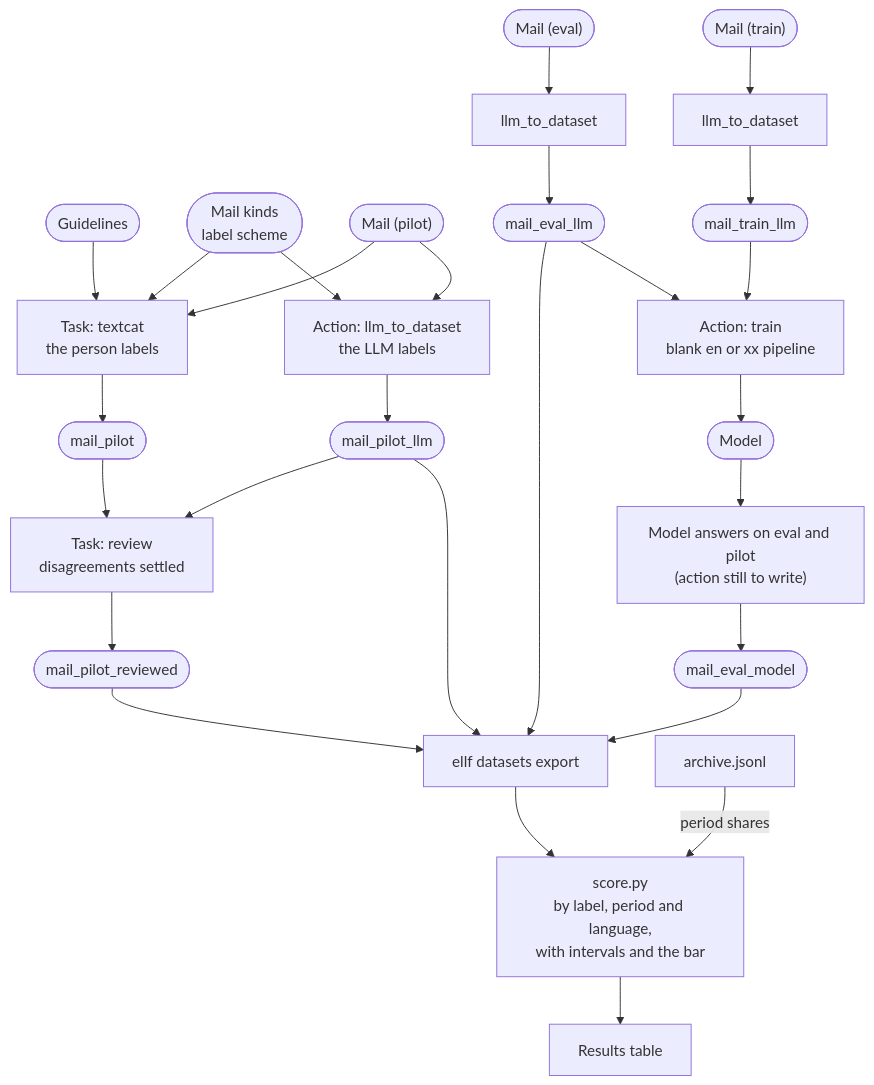
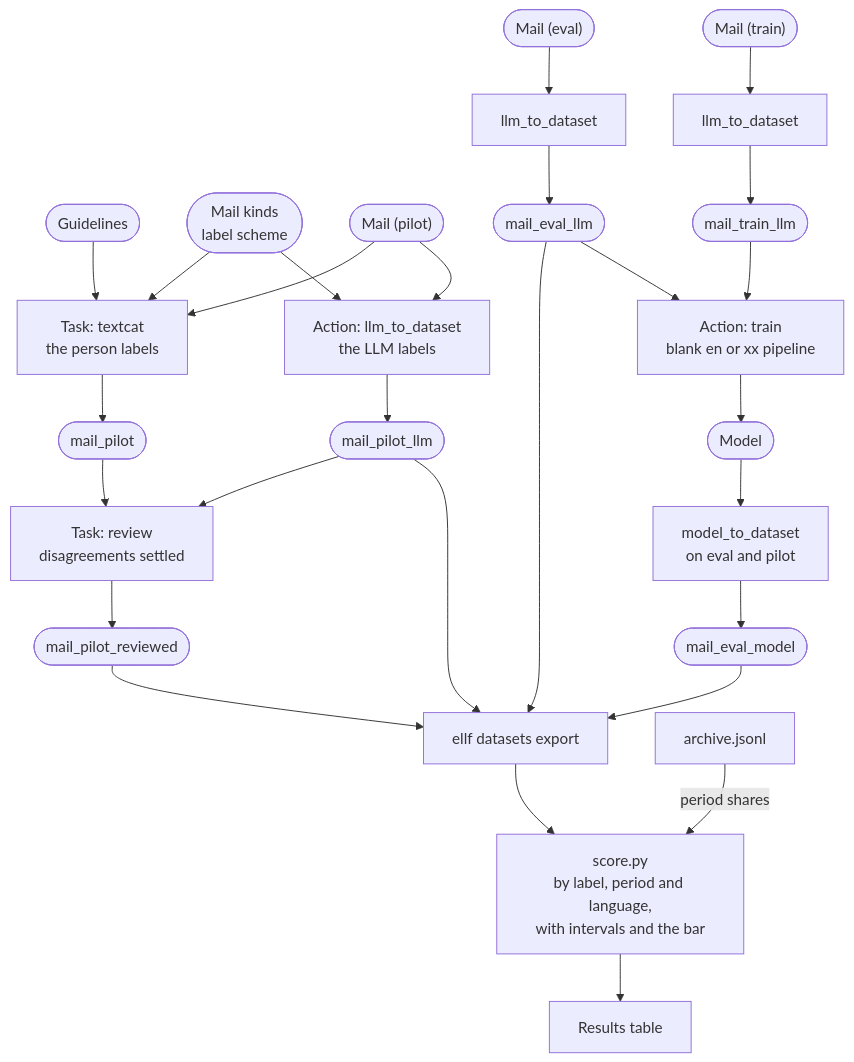
One commit to tcrossland/ellf-mail-triage changed the third of 9 diagrams in docs/architecture.md. Above: the diagram before and after it, drawn with Mermaid. The commit also changed 9 other files, not shown here.

First line of the commit message:
feat(recipes): model_to_dataset, and the small model trained and scored

````diff
--- a/docs/architecture.md
+++ b/docs/architecture.md
@@ -81,30 +81,30 @@
 ```mermaid
 ---
 config:
   layout: dagre
 ---
 flowchart TD
     accTitle: Labelling and scoring
     accDescr: The person and the LLM both label the pilot, and a review settles their disagreements. The LLM alone labels the eval set and the training pool. A model is trained on the training pool's labels. Its answers, the LLM's and the person's are exported and scored with score.py into a results table.
     guide(["Guidelines"]) --> task
     scheme(["Mail kinds<br/>label scheme"]) --> task & llm
 
     pilot(["Mail (pilot)"]) --> task["Task: textcat<br/>the person labels"]
     pilot --> llm["Action: llm_to_dataset<br/>the LLM labels"]
     task --> d1(["mail_pilot"])
     llm --> d2(["mail_pilot_llm"])
     d1 & d2 --> review["Task: review<br/>disagreements settled"]
     review --> reviewed(["mail_pilot_reviewed"])
 
     eval(["Mail (eval)"]) --> llm2["llm_to_dataset"] --> evl(["mail_eval_llm"])
     evl --> export["ellf datasets export"]
     train(["Mail (train)"]) --> llm3["llm_to_dataset"] --> trl(["mail_train_llm"])
     trl --> fit["Action: train<br/>blank en or xx pipeline"]
     evl --> fit
     fit --> model(["Model"])
-    model --> apply["Model answers on eval and pilot<br/>(action still to write)"] --> md(["mail_eval_model"])
+    model --> apply["model_to_dataset<br/>on eval and pilot"] --> md(["mail_eval_model"])
 
     reviewed & d2 & md --> export --> score["score.py<br/>by label, period and language,<br/>with intervals and the bar"]
     archive["archive.jsonl"] -- "period shares" --> score
     score --> results["Results table"]
 ```
````
